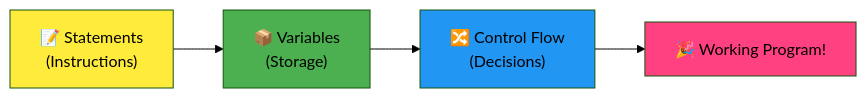
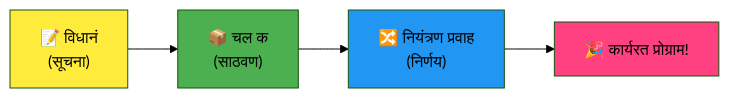
The fourth of 7 diagrams in translations/mr/1-getting-started-lessons/1-intro-to-programming-languages/README.md (microsoft/Web-Dev-For-Beginners), drawn with Mermaid (forest theme) before and after one commit. The commit also changed other lines of this file and 11 other files, not shown here.

````diff
--- a/translations/mr/1-getting-started-lessons/1-intro-to-programming-languages/README.md
+++ b/translations/mr/1-getting-started-lessons/1-intro-to-programming-languages/README.md
@@ -375,9 +465,9 @@
 ```mermaid
 flowchart LR
-    A["📝 Statements<br/>(Instructions)"] --> B["📦 Variables<br/>(Storage)"] --> C["🔀 Control Flow<br/>(Decisions)"] --> D["🎉 Working Program!"]
+    A["📝 विधानं<br/>(सूचना)"] --> B["📦 चल क<br/>(साठवण)"] --> C["🔀 नियंत्रण प्रवाह<br/>(निर्णय)"] --> D["🎉 कार्यरत प्रोग्राम!"]
     
     style A fill:#ffeb3b
     style B fill:#4caf50
     style C fill:#2196f3
     style D fill:#ff4081
-```
+```  
````
